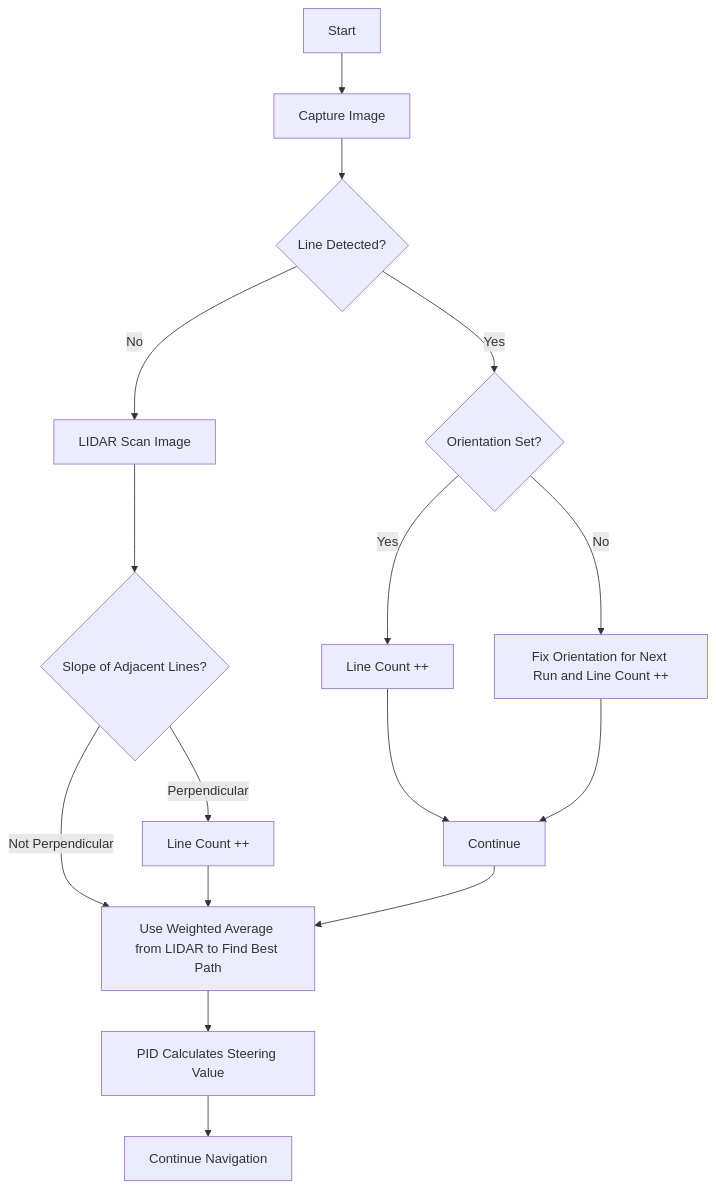
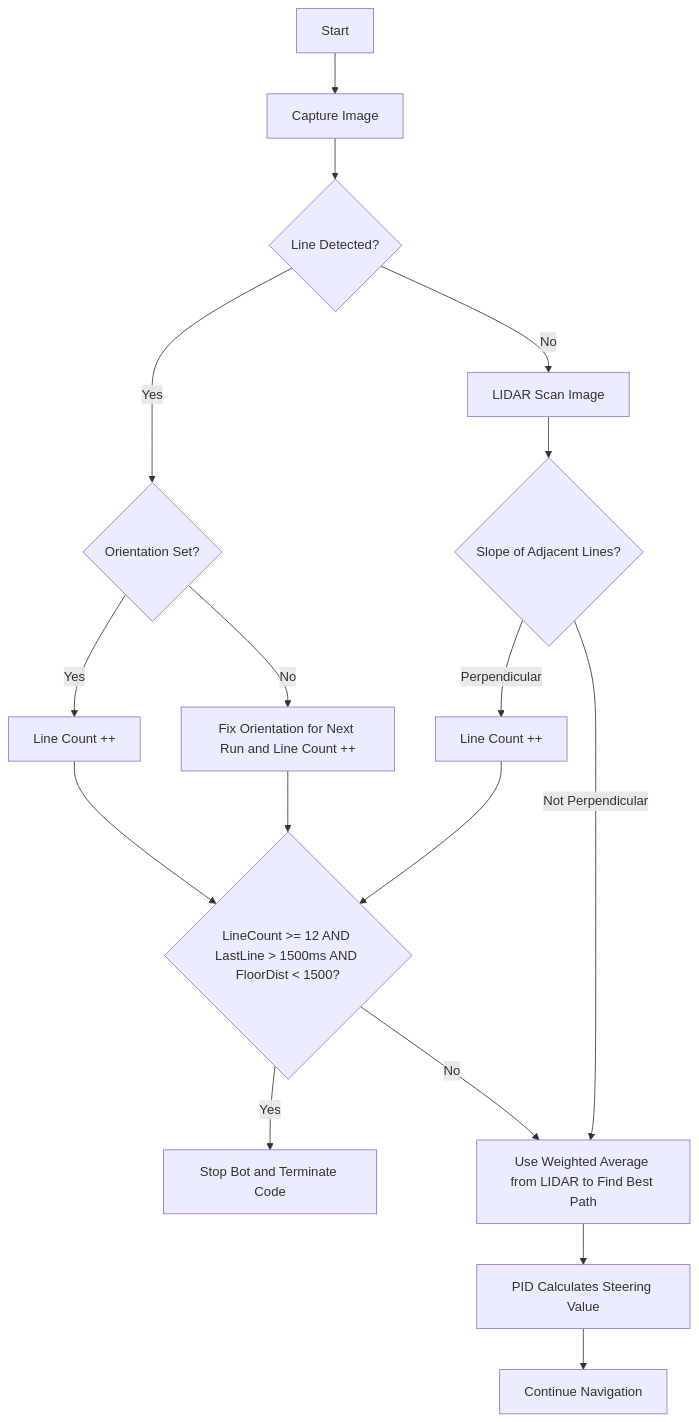
The first of 2 diagrams in README.md (AnasBinAzim/Pladytron), drawn with Mermaid before and after one commit.

````diff
--- a/README.md
+++ b/README.md
@@ -629,22 +629,27 @@
 ```mermaid
 flowchart TD
     A[Start] --> B[Capture Image]
     B --> C{Line Detected?}
     
+    %% Line Detected Branch
     C -->|Yes| D{Orientation Set?}
     D -->|Yes| E[Line Count ++]
     D -->|No| F[Fix Orientation for Next Run and Line Count ++]
-    E --> G[Continue]
-    F --> G[Continue]
+    E --> G{LineCount >= 12 AND LastLine > 1500ms AND FloorDist < 1500?}
+    F --> G
+    G -->|Yes| H[Stop Bot and Terminate Code]
+    G -->|No| K[Use Weighted Average from LIDAR to Find Best Path]
     
-    C -->|No| H[LIDAR Scan Image]
-    H --> I{Slope of Adjacent Lines?}
-    I -->|Perpendicular| J[Line Count ++]
-    I -->|Not Perpendicular| K[Use Weighted Average from LIDAR to Find Best Path]
+    %% No Line Detected Branch
+    C -->|No| I[LIDAR Scan Image]
+    I --> J{Slope of Adjacent Lines?}
+    J -->|Perpendicular| L[Line Count ++]
+    J -->|Not Perpendicular| K
+    L --> G
     
-    J --> K
-    G --> K
-    K --> L[PID Calculates Steering Value]
-    L --> M[Continue Navigation]
+    %% Common Path
+    K --> M[PID Calculates Steering Value]
+    M --> N[Continue Navigation]
+
 
 ```
````
